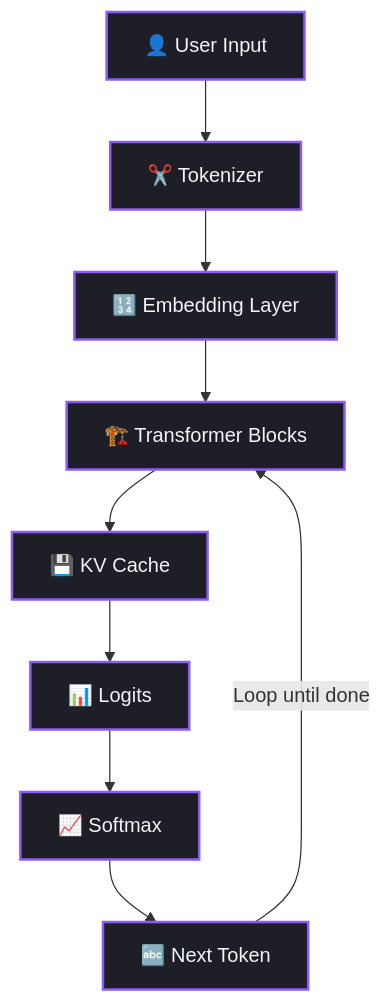
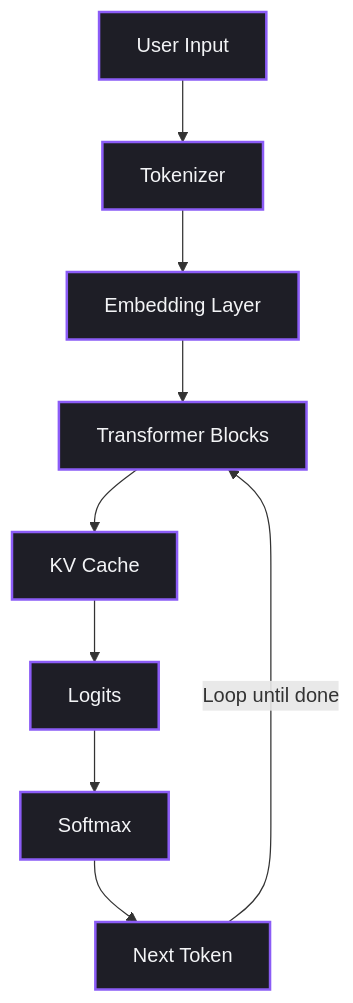
The fifth of 5 diagrams in handbook/chapter_32.md (Rabetul-islam-asif/AI-Hand-Book), drawn with Mermaid before and after one commit. The commit also changed other lines of this file and 1 other file, not shown here.

````diff
--- a/handbook/chapter_32.md
+++ b/handbook/chapter_32.md
@@ -208,12 +208,12 @@
 ```mermaid
 flowchart TD
-    A["👤 User Input"] --> B["✂️ Tokenizer"]
-    B --> C["🔢 Embedding Layer"]
-    C --> D["🏗️ Transformer Blocks"]
-    D --> E["💾 KV Cache"]
-    E --> F["📊 Logits"]
-    F --> G["📈 Softmax"]
-    G --> H["🔤 Next Token"]
+    A[" User Input"] --> B[" Tokenizer"]
+    B --> C[" Embedding Layer"]
+    C --> D[" Transformer Blocks"]
+    D --> E[" KV Cache"]
+    E --> F[" Logits"]
+    F --> G[" Softmax"]
+    G --> H[" Next Token"]
     H -->|"Loop until done"| D
     classDef default fill:#1E1E26,stroke:#8B5CF6,stroke-width:2px,color:#F3F4F6;
 ```
````
